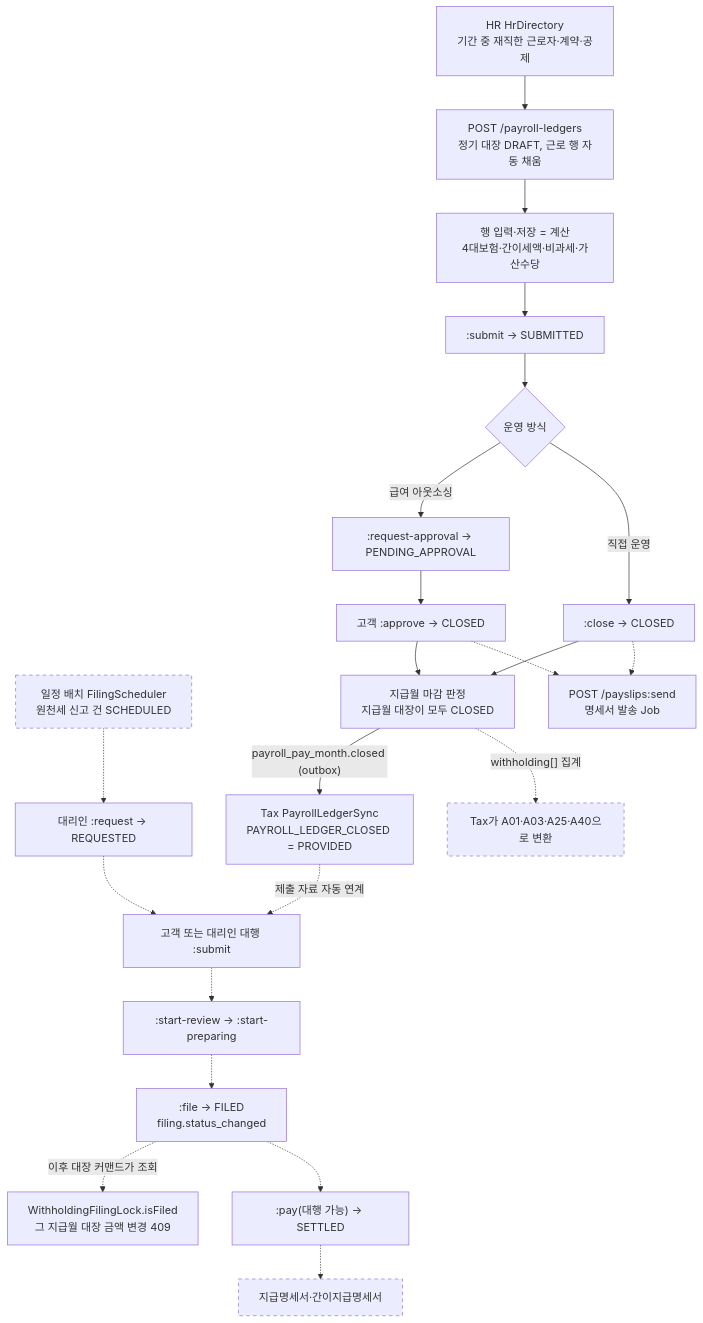
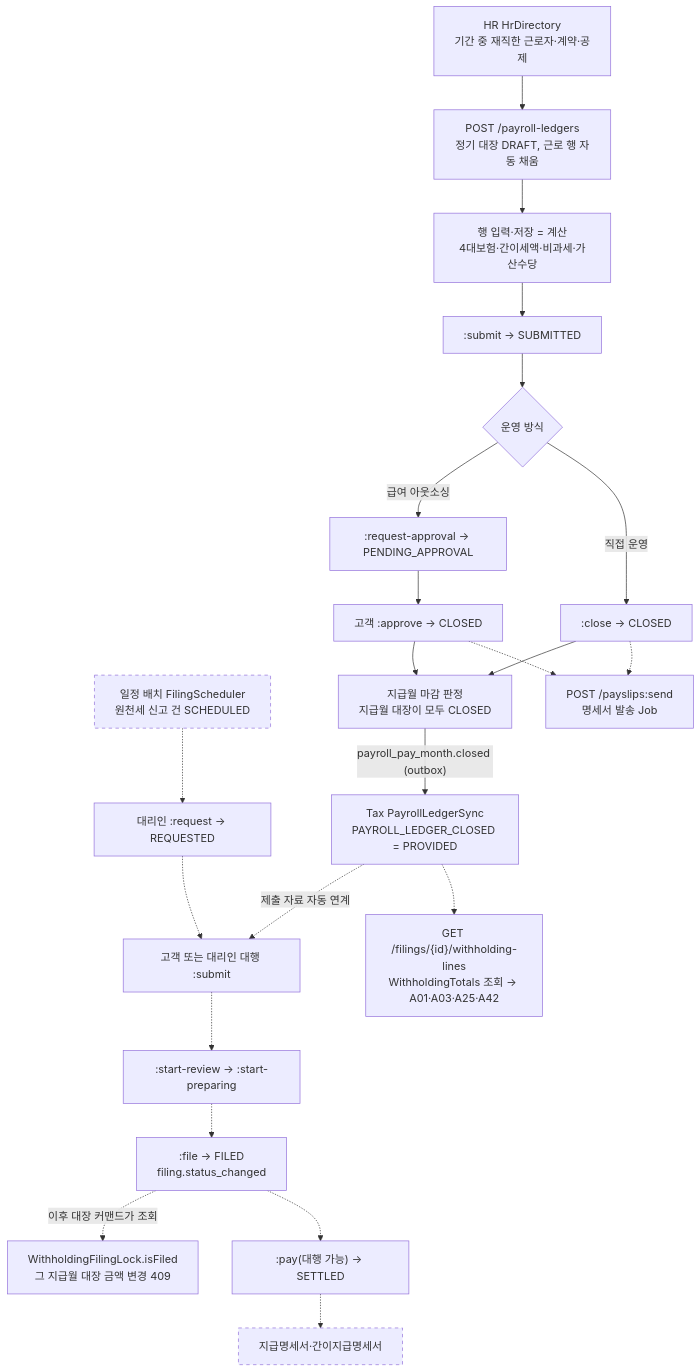
Before and after one commit to cbcruk/semu: the first of 3 diagrams in docs/design/lifecycles.md, drawn with Mermaid. The commit also changed other lines of this file and 6 other files, not shown here.

````diff
--- a/docs/design/lifecycles.md
+++ b/docs/design/lifecycles.md
@@ -55,26 +55,26 @@
 ```mermaid
 flowchart TD
   sched["일정 배치 FilingScheduler<br/>원천세 신고 건 SCHEDULED"]:::todo
   hr["HR HrDirectory<br/>기간 중 재직한 근로자·계약·공제"] --> create["POST /payroll-ledgers<br/>정기 대장 DRAFT, 근로 행 자동 채움"]
   create --> rows["행 입력·저장 = 계산<br/>4대보험·간이세액·비과세·가산수당"]
   rows --> submit[":submit → SUBMITTED"]
   submit --> wf{"운영 방식"}
   wf -- "급여 아웃소싱" --> req[":request-approval → PENDING_APPROVAL"] --> approve["고객 :approve → CLOSED"]
   wf -- "직접 운영" --> close[":close → CLOSED"]
   approve --> judge["지급월 마감 판정<br/>지급월 대장이 모두 CLOSED"]
   close --> judge
   judge -- "payroll_pay_month.closed (outbox)" --> sync["Tax PayrollLedgerSync<br/>PAYROLL_LEDGER_CLOSED = PROVIDED"]
   approve -.-> slip["POST /payslips:send<br/>명세서 발송 Job"]
   close -.-> slip
   sched -.-> request["대리인 :request → REQUESTED"]
   sync -. "제출 자료 자동 연계" .-> submitF
   request -.-> submitF["고객 또는 대리인 대행 :submit"]
   submitF -.-> review[":start-review → :start-preparing"]
   review -.-> file[":file → FILED<br/>filing.status_changed"]
   file -. "이후 대장 커맨드가 조회" .-> lock["WithholdingFilingLock.isFiled<br/>그 지급월 대장 금액 변경 409"]
   file -.-> pay[":pay(대행 가능) → SETTLED"]
-  judge -. "withholding[] 집계" .-> codes["Tax가 A01·A03·A25·A40으로 변환"]:::todo
+  sync -.-> codes["GET /filings/{id}/withholding-lines<br/>WithholdingTotals 조회 → A01·A03·A25·A42"]
   pay -.-> stmt["지급명세서·간이지급명세서"]:::todo
   classDef todo stroke-dasharray: 5 5
   classDef open stroke-width: 3px
 ```
````
